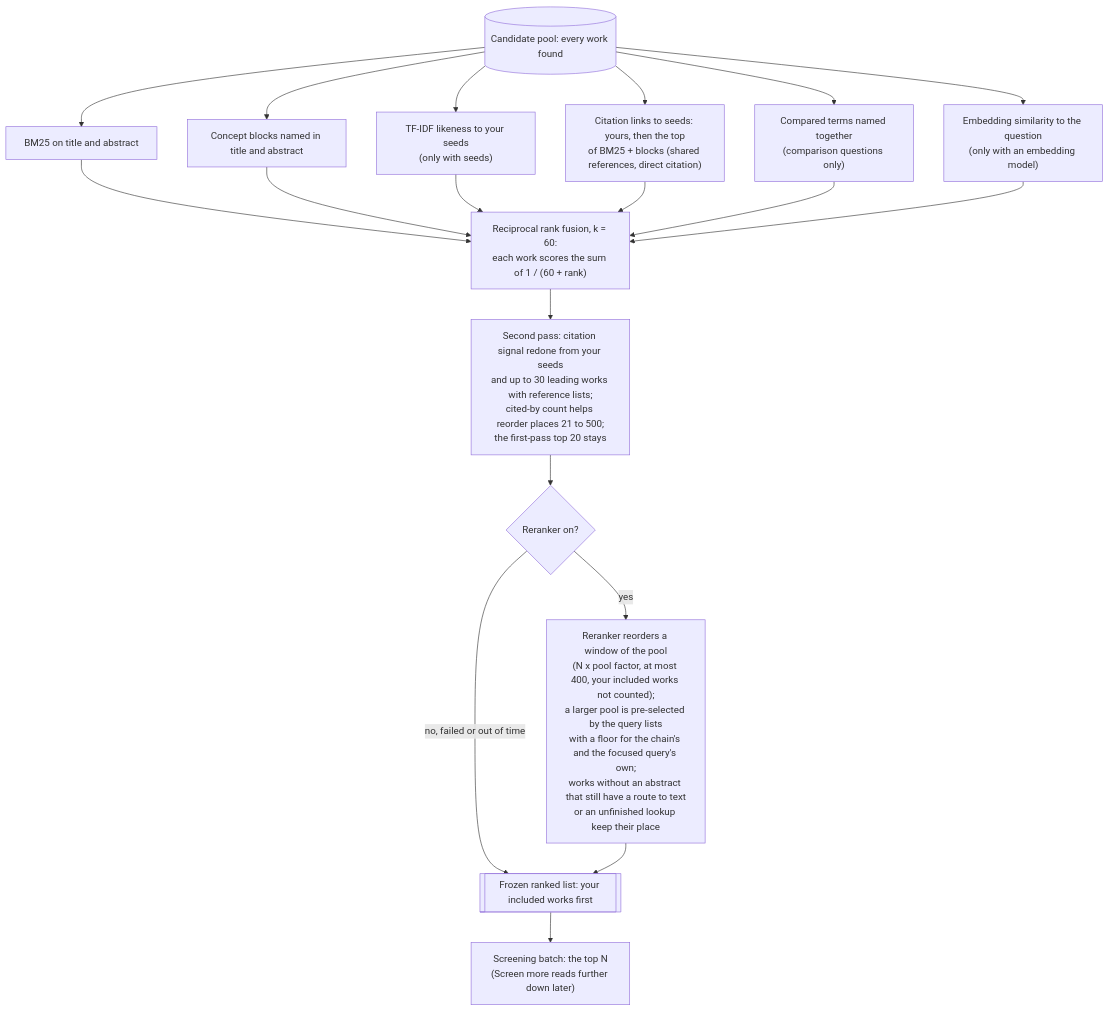
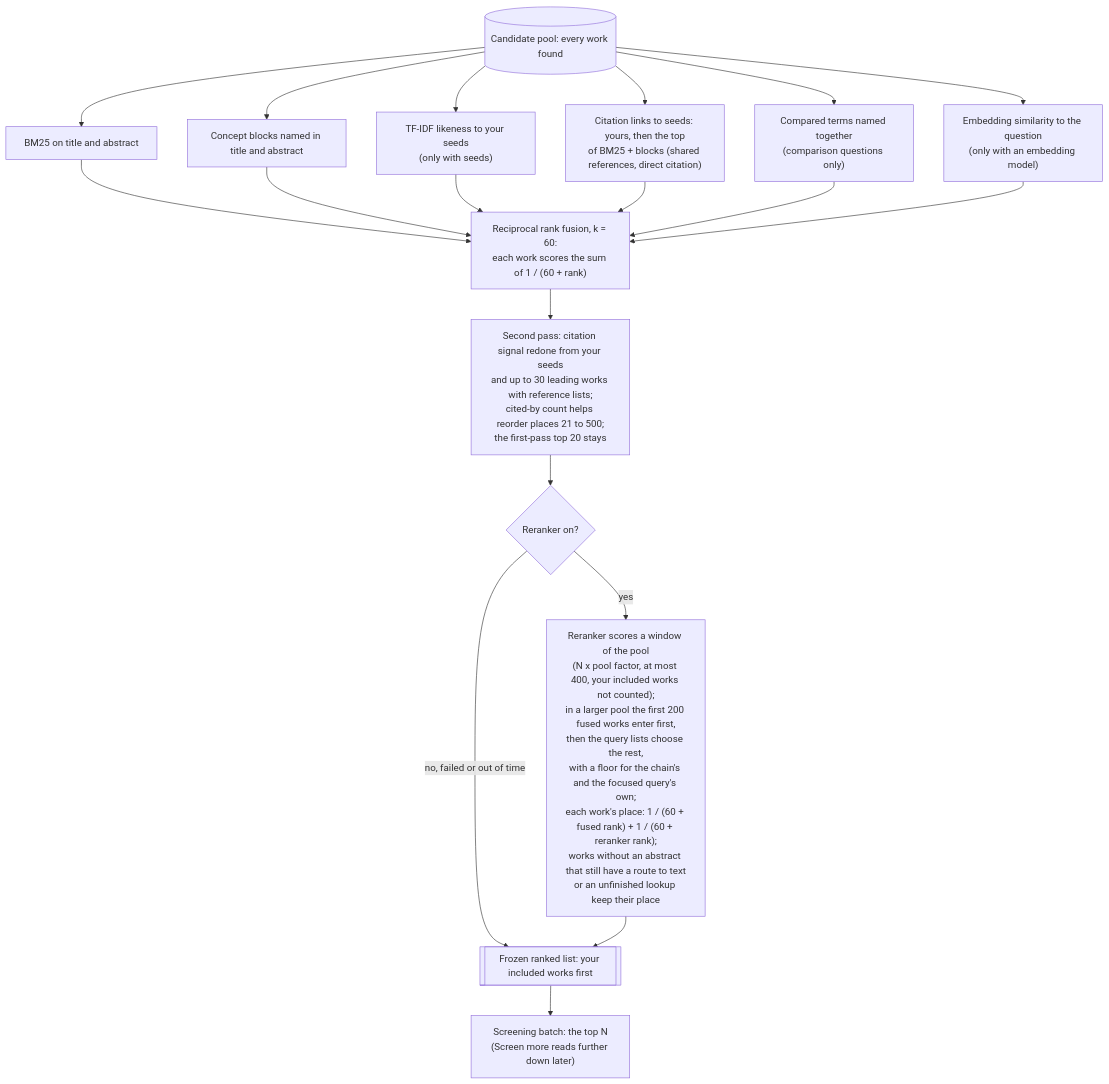
The second of 2 diagrams in docs/search.md (huguryildiz/DEIXIS), drawn with Mermaid before and after one commit. The commit also changed other lines of this file and 3 other files, not shown here.

````diff
--- a/docs/search.md
+++ b/docs/search.md
@@ -103,21 +103,21 @@
 ```mermaid
 flowchart TD
     POOL[("Candidate pool: every work found")] --> B["BM25 on title and abstract"]
     POOL --> BL["Concept blocks named in title and abstract"]
     POOL --> TF["TF-IDF likeness to your seeds<br/>(only with seeds)"]
     POOL --> G["Citation links to seeds: yours, then the top<br/>of BM25 + blocks (shared references, direct citation)"]
     POOL --> J["Compared terms named together<br/>(comparison questions only)"]
     POOL --> E["Embedding similarity to the question<br/>(only with an embedding model)"]
     B --> F["Reciprocal rank fusion, k = 60:<br/>each work scores the sum of 1 / (60 + rank)"]
     BL --> F
     TF --> F
     G --> F
     J --> F
     E --> F
     F --> P2["Second pass: citation signal redone from your seeds<br/>and up to 30 leading works with reference lists;<br/>cited-by count helps reorder places 21 to 500;<br/>the first-pass top 20 stays"]
     P2 --> RR{"Reranker on?"}
-    RR -->|"yes"| RRK["Reranker reorders a window of the pool<br/>(N x pool factor, at most 400, your included works not counted);<br/>a larger pool is pre-selected by the query lists<br/>with a floor for the chain's and the focused query's own;<br/>works without an abstract that still have a route to text<br/>or an unfinished lookup keep their place"]
+    RR -->|"yes"| RRK["Reranker scores a window of the pool<br/>(N x pool factor, at most 400, your included works not counted);<br/>in a larger pool the first 200 fused works enter first,<br/>then the query lists choose the rest,<br/>with a floor for the chain's and the focused query's own;<br/>each work's place: 1 / (60 + fused rank) + 1 / (60 + reranker rank);<br/>works without an abstract that still have a route to text<br/>or an unfinished lookup keep their place"]
     RR -->|"no, failed or out of time"| LIST
     RRK --> LIST[["Frozen ranked list: your included works first"]]
     LIST --> BATCH["Screening batch: the top N<br/>(Screen more reads further down later)"]
 ```
````
